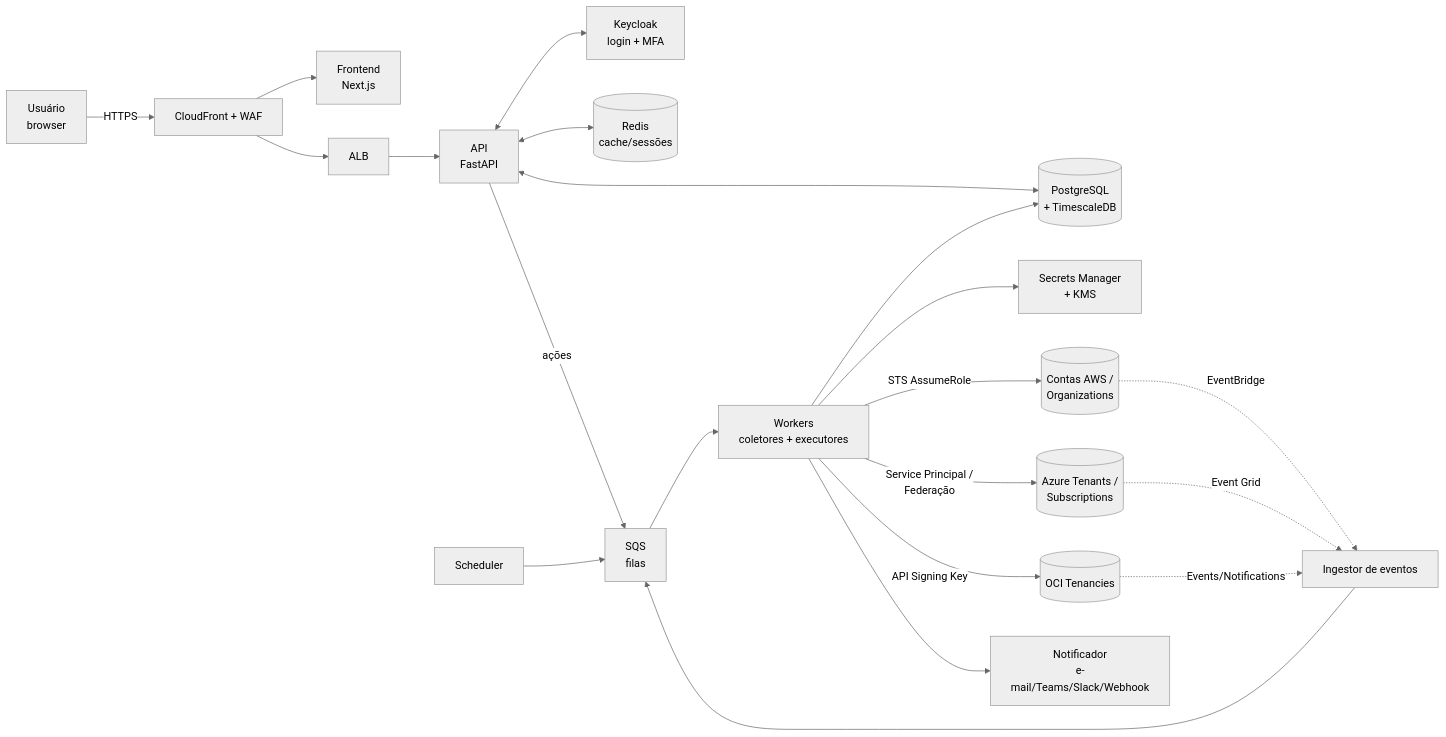
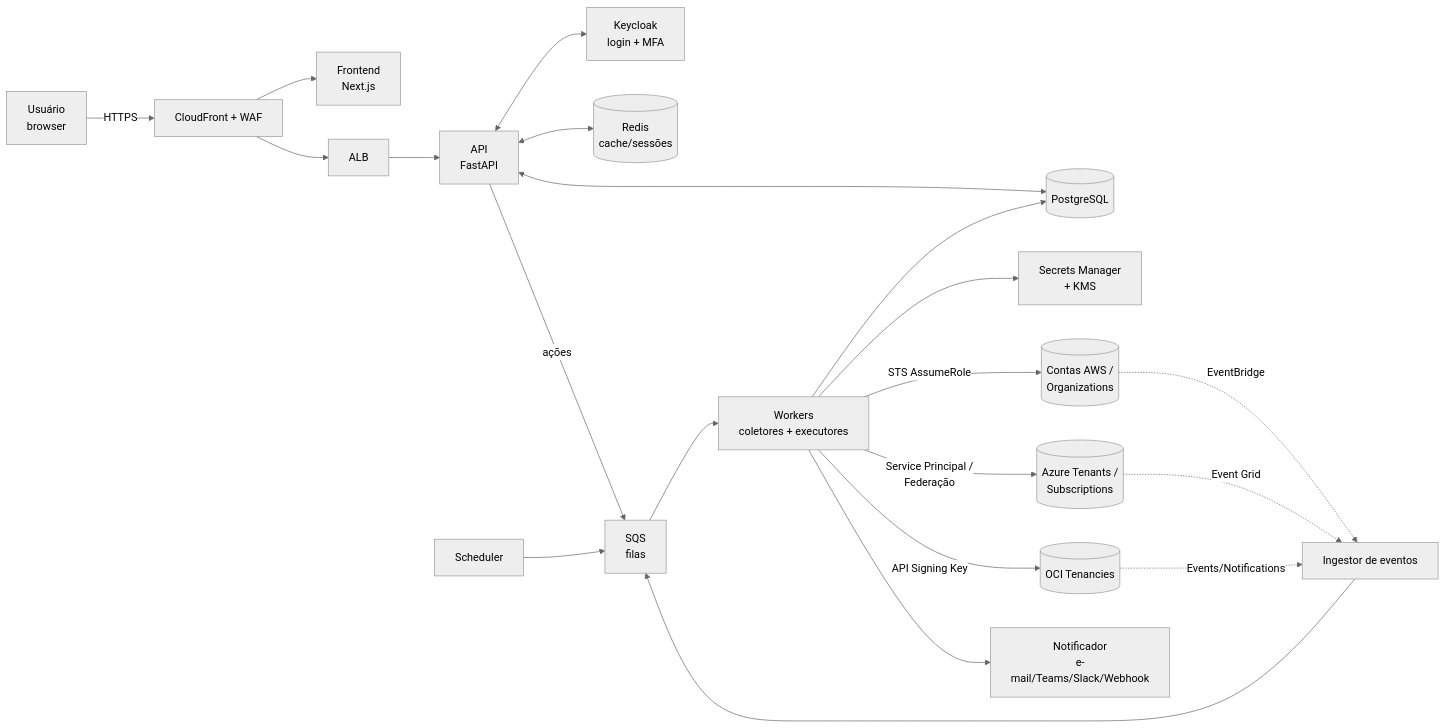
One commit to faiole/cloud-view changed the first of 2 diagrams in docs/ARCHITECTURE.md. Above: the diagram before and after it, drawn with Mermaid (neutral theme). The commit also changed other lines of this file and 81 other files, not shown here.

````diff
--- a/docs/ARCHITECTURE.md
+++ b/docs/ARCHITECTURE.md
@@ -22,23 +22,23 @@
 ```mermaid
 flowchart LR
     U[Usuário<br/>browser] -->|HTTPS| CF[CloudFront + WAF]
     CF --> WEB[Frontend<br/>Next.js]
     CF --> ALB[ALB]
     ALB --> API[API<br/>FastAPI]
     API <--> KC[Keycloak<br/>login + MFA]
-    API <--> PG[(PostgreSQL<br/>+ TimescaleDB)]
+    API <--> PG[(PostgreSQL)]
     API <--> RD[(Redis<br/>cache/sessões)]
     API -->|ações| Q[SQS<br/>filas]
     SCH[Scheduler] --> Q
     Q --> WK[Workers<br/>coletores + executores]
     WK --> PG
     WK --> SM[Secrets Manager<br/>+ KMS]
     WK -->|STS AssumeRole| AWS[(Contas AWS /<br/>Organizations)]
     WK -->|Service Principal /<br/>Federação| AZ[(Azure Tenants /<br/>Subscriptions)]
     WK -->|API Signing Key| OCI[(OCI Tenancies)]
     AWS -.EventBridge.-> EVT[Ingestor de eventos]
     AZ -.Event Grid.-> EVT
     OCI -.Events/Notifications.-> EVT
     EVT --> Q
     WK --> NT[Notificador<br/>e-mail/Teams/Slack/Webhook]
 ```
````
